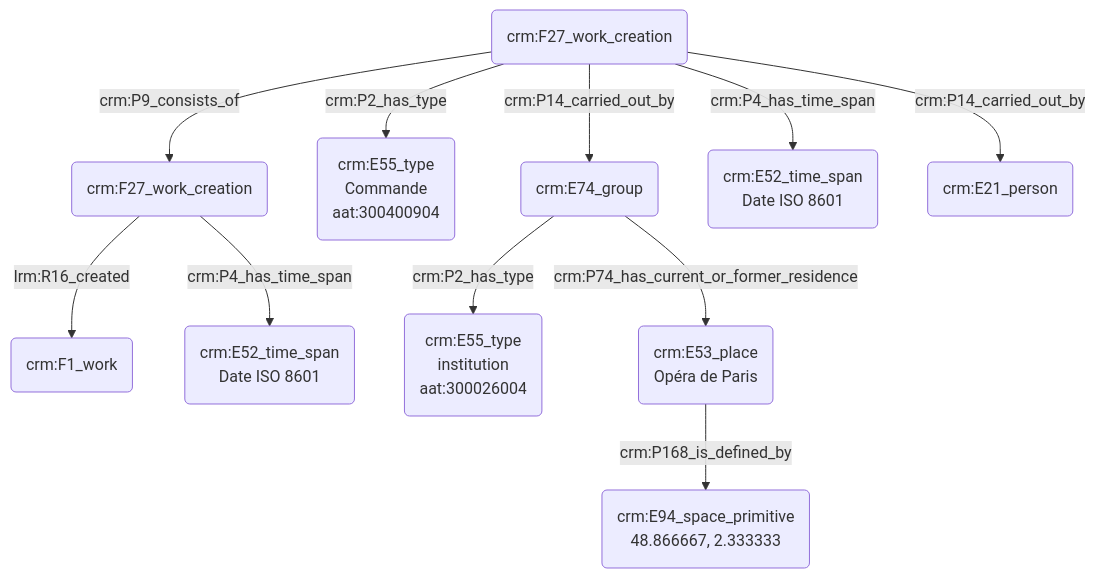
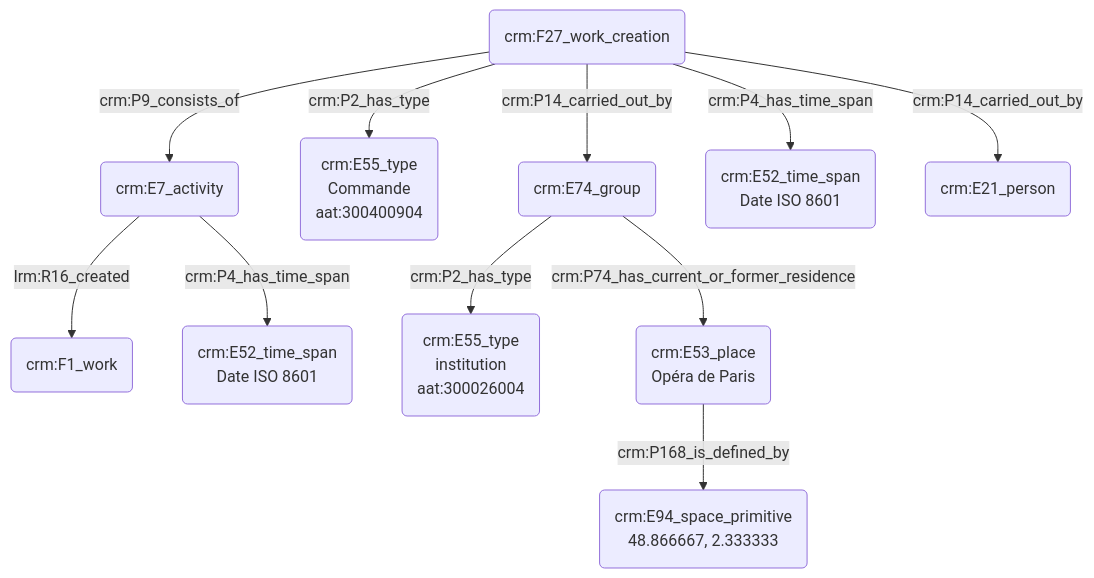
Before and after one commit to Amleth/consortium-musica2-gt2-ontologies: the diagram in modules/livrables/Dossier 2/Indexation conceptuelle/commanditaire d'une œuvre.md, drawn with Mermaid.

Commit message:
Update commanditaire d'une œuvre.md

````diff
--- a/modules/livrables/Dossier 2/Indexation conceptuelle/commanditaire d'une œuvre.md
+++ b/modules/livrables/Dossier 2/Indexation conceptuelle/commanditaire d'une œuvre.md
@@ -17,18 +17,18 @@
 ```mermaid
 graph TD;
 
-A(crm:E7_work_creation) --> |lrm:R16_created| B(crm:F1_work)
-A(crm:E7_work_creation) --> |crm:P4_has_time_span| J(crm:E52_time_span<br>Date ISO 8601)
+A(crm:E7_activity) --> |lrm:R16_created| B(crm:F1_work)
+A(crm:E7_activity) --> |crm:P4_has_time_span| J(crm:E52_time_span<br>Date ISO 8601)
 
-C(crm:F27_work_creation) -->|crm:P9_consists_of| A(crm:F27_work_creation)
+C(crm:F27_work_creation) -->|crm:P9_consists_of| A(crm:E7_activity)
 C(crm:F27_work_creation) --> |crm:P2_has_type| D(crm:E55_type<br>Commande<br>aat:300400904)
 C(crm:F27_work_creation) --> |crm:P14_carried_out_by| E(crm:E74_group)
 C(crm:F27_work_creation) --> |crm:P4_has_time_span| K(crm:E52_time_span<br>Date ISO 8601)
 E(crm:E74_group) -->|crm:P2_has_type| F(crm:E55_type<br>institution<br>aat:300026004)
 E(crm:E74_group) --> |crm:P74_has_current_or_former_residence| I(crm:E53_place<br>Opéra de Paris)
 I(crm:E53_place<br>Opéra de Paris) --> |crm:P168_is_defined_by| G(crm:E94_space_primitive
 48.866667, 2.333333)
 C(crm:F27_work_creation) --> |crm:P14_carried_out_by| H(crm:E21_person<John Doe)
 
 
 ```
````
